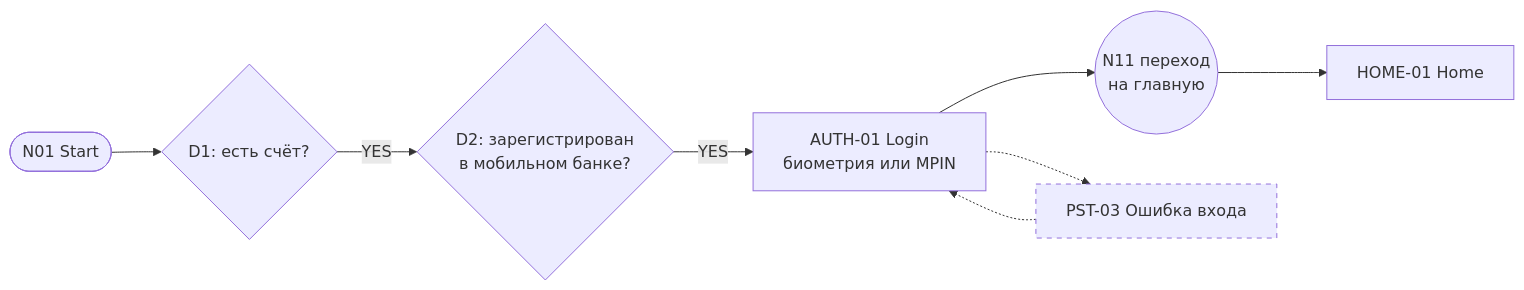
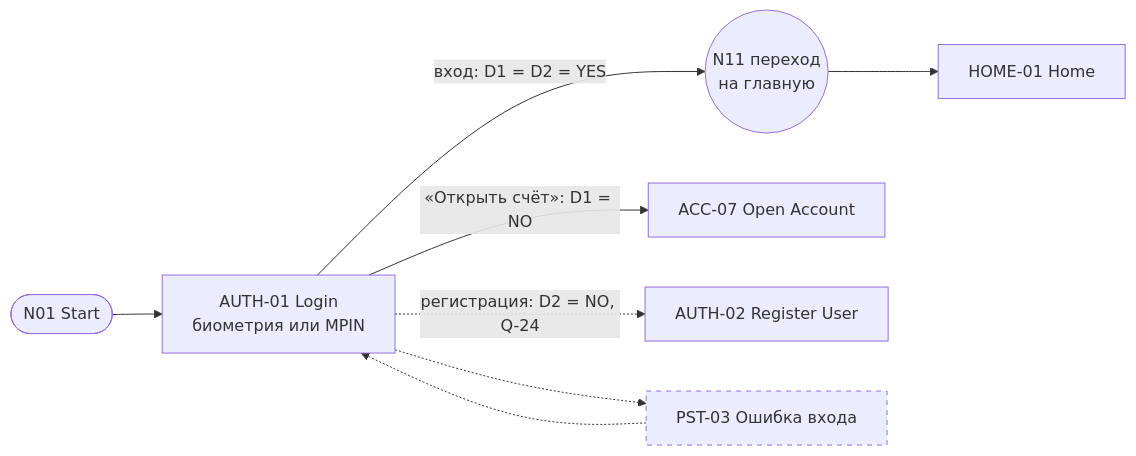
Before and after one commit to Shustrjak/claude_repo: the first of 7 diagrams in docs/ui/USER_FLOWS.md, drawn with Mermaid. The commit also changed other lines of this file and 6 other files, not shown here.

First line of the commit message:
Apply decisions D-07..D-15 to UI spec and roadmap

````diff
--- a/docs/ui/USER_FLOWS.md
+++ b/docs/ui/USER_FLOWS.md
@@ -32,12 +34,12 @@
 ```mermaid
 flowchart LR
-  START([N01 Start]) --> D1{D1: есть счёт?}
-  D1 -- YES --> D2{D2: зарегистрирован<br/>в мобильном банке?}
-  D2 -- YES --> AUTH01[AUTH-01 Login<br/>биометрия или MPIN]
-  AUTH01 --> T11((N11 переход<br/>на главную))
+  START([N01 Start]) --> AUTH01[AUTH-01 Login<br/>биометрия или MPIN]
+  AUTH01 -- "вход: D1 = D2 = YES" --> T11((N11 переход<br/>на главную))
   T11 --> HOME01[HOME-01 Home]
+  AUTH01 -- "«Открыть счёт»: D1 = NO" --> ACC07[ACC-07 Open Account]
+  AUTH01 -. "регистрация: D2 = NO, Q-24" .-> AUTH02[AUTH-02 Register User]
   AUTH01 -.-> PST03[PST-03 Ошибка входа]
   PST03 -.-> AUTH01
   classDef proposed stroke-dasharray: 5 5
   class PST03 proposed
 ```
````
